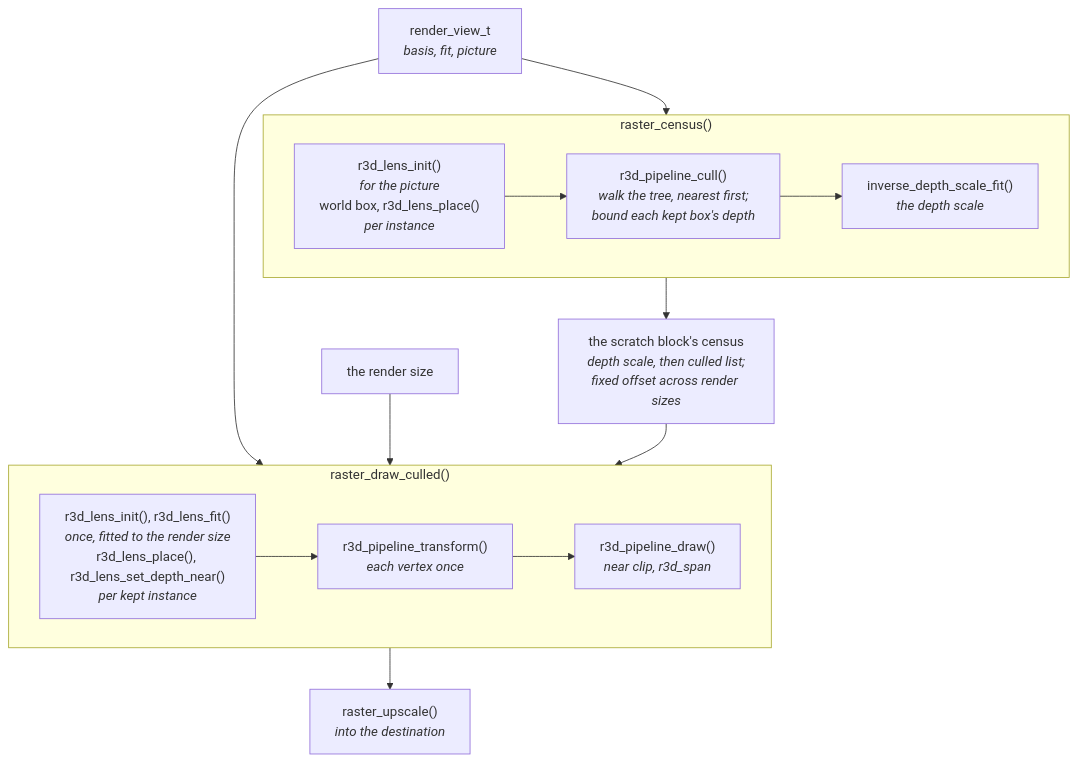
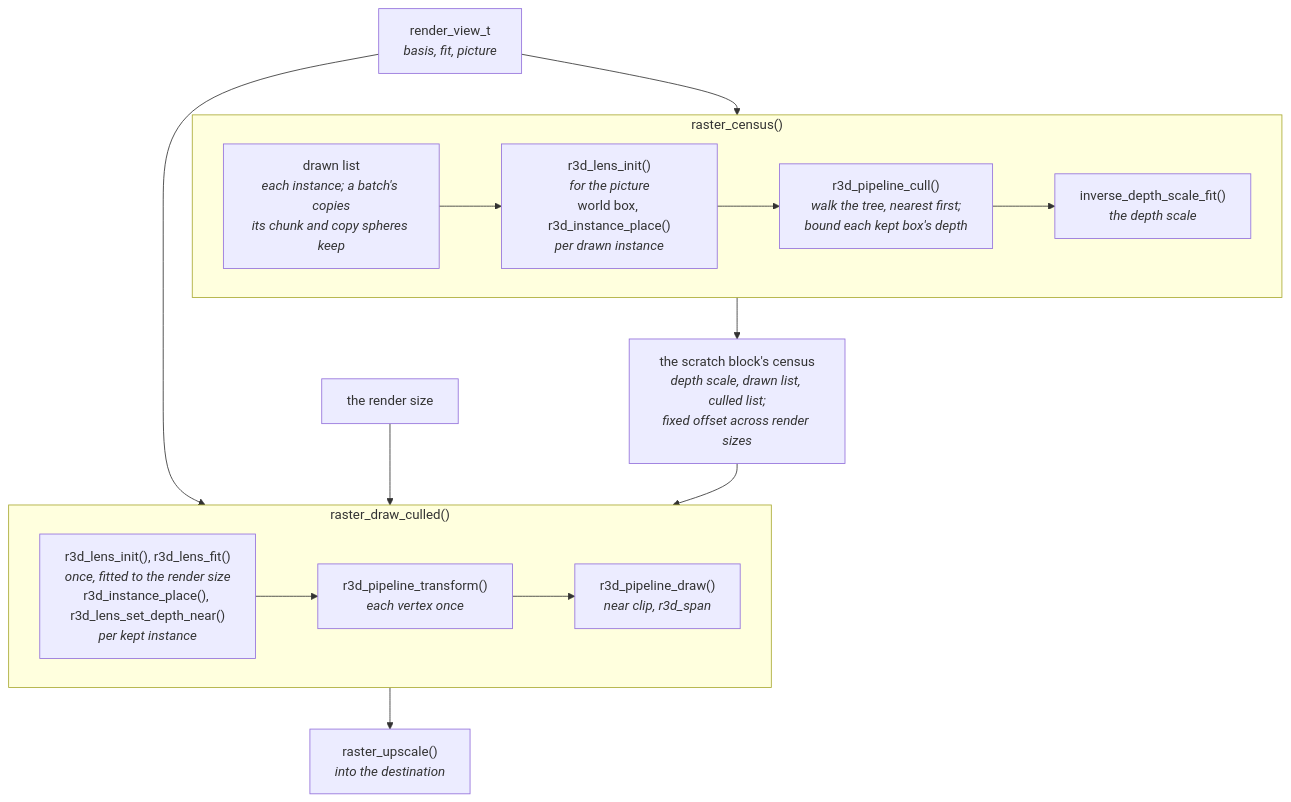
Before and after one commit to jose-villegas/autana: the first of 2 diagrams in docs/render/Mesh-Rendering.md, drawn with Mermaid. The commit also changed other lines of this file and 43 other files, not shown here.

First line of the commit message:
render: SCNE v6 batches, one renderer draws a shape's copies from packed rows, culled by chunk then copy sphere (autana-g78sg)

````diff
--- a/docs/render/Mesh-Rendering.md
+++ b/docs/render/Mesh-Rendering.md
@@ -106,20 +106,21 @@
 ```mermaid
 flowchart TB
     View["render_view_t<br/><i>basis, fit, picture</i>"] --> Census
     subgraph Census["raster_census()"]
         direction LR
-        Picture["r3d_lens_init()<br/><i>for the picture</i><br/>world box, r3d_lens_place()<br/><i>per instance</i>"] --> Cull
+        Expand["drawn list<br/><i>each instance; a batch's copies<br/>its chunk and copy spheres keep</i>"] --> Picture
+        Picture["r3d_lens_init()<br/><i>for the picture</i><br/>world box, r3d_instance_place()<br/><i>per drawn instance</i>"] --> Cull
         Cull["r3d_pipeline_cull()<br/><i>walk the tree, nearest first;<br/>bound each kept box's depth</i>"] --> Scale
         Scale["inverse_depth_scale_fit()<br/><i>the depth scale</i>"]
     end
-    Census --> List["the scratch block's census<br/><i>depth scale, then culled list;<br/>fixed offset across render sizes</i>"]
+    Census --> List["the scratch block's census<br/><i>depth scale, drawn list, culled list;<br/>fixed offset across render sizes</i>"]
     View --> Draw
     Size["the render size"] --> Draw
     List --> Draw
     subgraph Draw["raster_draw_culled()"]
         direction LR
-        Fit["r3d_lens_init(), r3d_lens_fit()<br/><i>once, fitted to the render size</i><br/>r3d_lens_place(), r3d_lens_set_depth_near()<br/><i>per kept instance</i>"] --> Transform["r3d_pipeline_transform()<br/><i>each vertex once</i>"]
+        Fit["r3d_lens_init(), r3d_lens_fit()<br/><i>once, fitted to the render size</i><br/>r3d_instance_place(), r3d_lens_set_depth_near()<br/><i>per kept instance</i>"] --> Transform["r3d_pipeline_transform()<br/><i>each vertex once</i>"]
         Transform --> DrawStage["r3d_pipeline_draw()<br/><i>near clip, r3d_span</i>"]
     end
     Draw --> Upscale["raster_upscale()<br/><i>into the destination</i>"]
 ```
````
